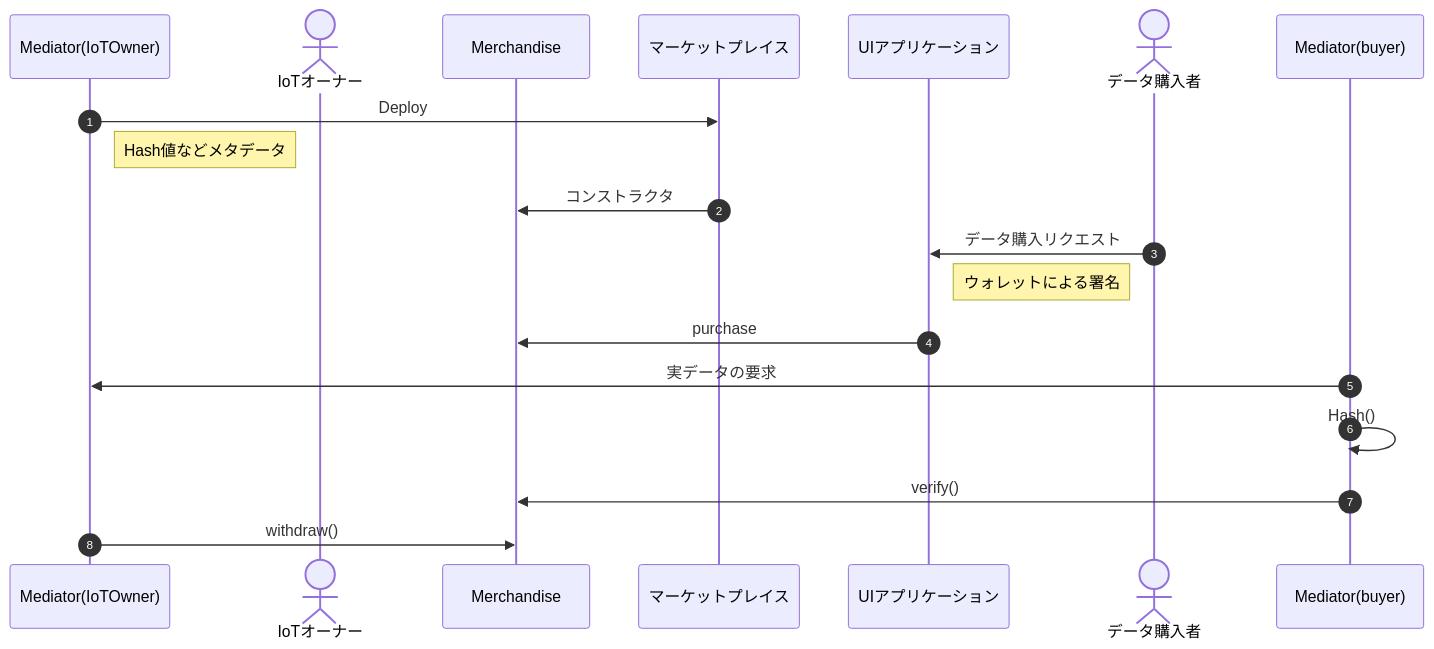
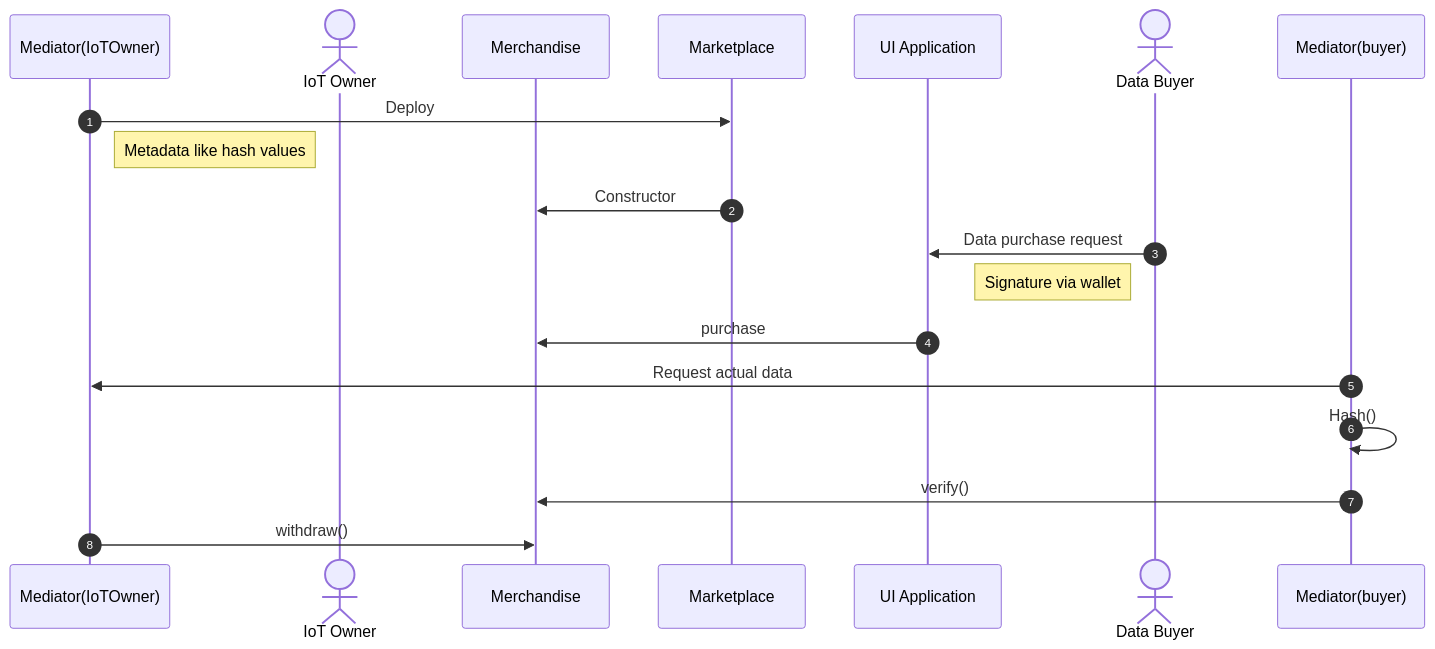
The diagram in README.MD (ertlnagoya/Blockchain_IoT_Marketplace), drawn with Mermaid before and after one commit. The commit also changed other lines of this file and 1 other file, not shown here.

````diff
--- a/README.MD
+++ b/README.MD
@@ -19,21 +28,21 @@
 ```mermaid
 sequenceDiagram
     autonumber
     participant Mediator(IoTOwner)
-    actor iotOwner as IoTオーナー
+    actor iotOwner as IoT Owner
     participant Merchandise
-    participant IoTMarketplace as マーケットプレイス
-    participant Frontend as UIアプリケーション
-    actor buyer as データ購入者
+    participant IoTMarketplace as Marketplace
+    participant Frontend as UI Application
+    actor buyer as Data Buyer
     participant Mediator(buyer)
     Mediator(IoTOwner)->>IoTMarketplace: Deploy
-    Note right of Mediator(IoTOwner): Hash値などメタデータ
-    IoTMarketplace->>Merchandise: コンストラクタ
-    buyer->>Frontend: データ購入リクエスト
-    Note left of buyer: ウォレットによる署名
+    Note right of Mediator(IoTOwner): Metadata like hash values
+    IoTMarketplace->>Merchandise: Constructor
+    buyer->>Frontend: Data purchase request
+    Note left of buyer: Signature via wallet
     Frontend->>Merchandise: purchase
-    Mediator(buyer)->>Mediator(IoTOwner): 実データの要求
-    Mediator(buyer)->>Mediator(buyer):Hash()
+    Mediator(buyer)->>Mediator(IoTOwner): Request actual data
+    Mediator(buyer)->>Mediator(buyer): Hash()
     Mediator(buyer)->>Merchandise: verify()
     Mediator(IoTOwner)->>Merchandise: withdraw()
 ```
````
